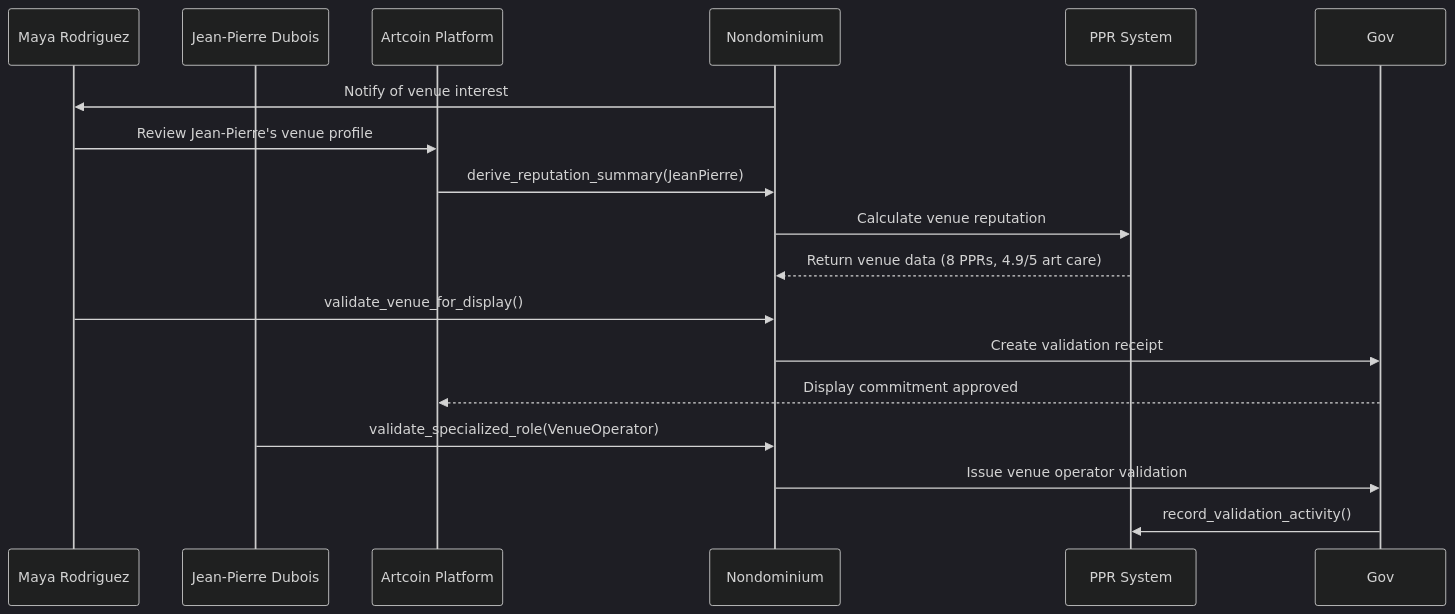
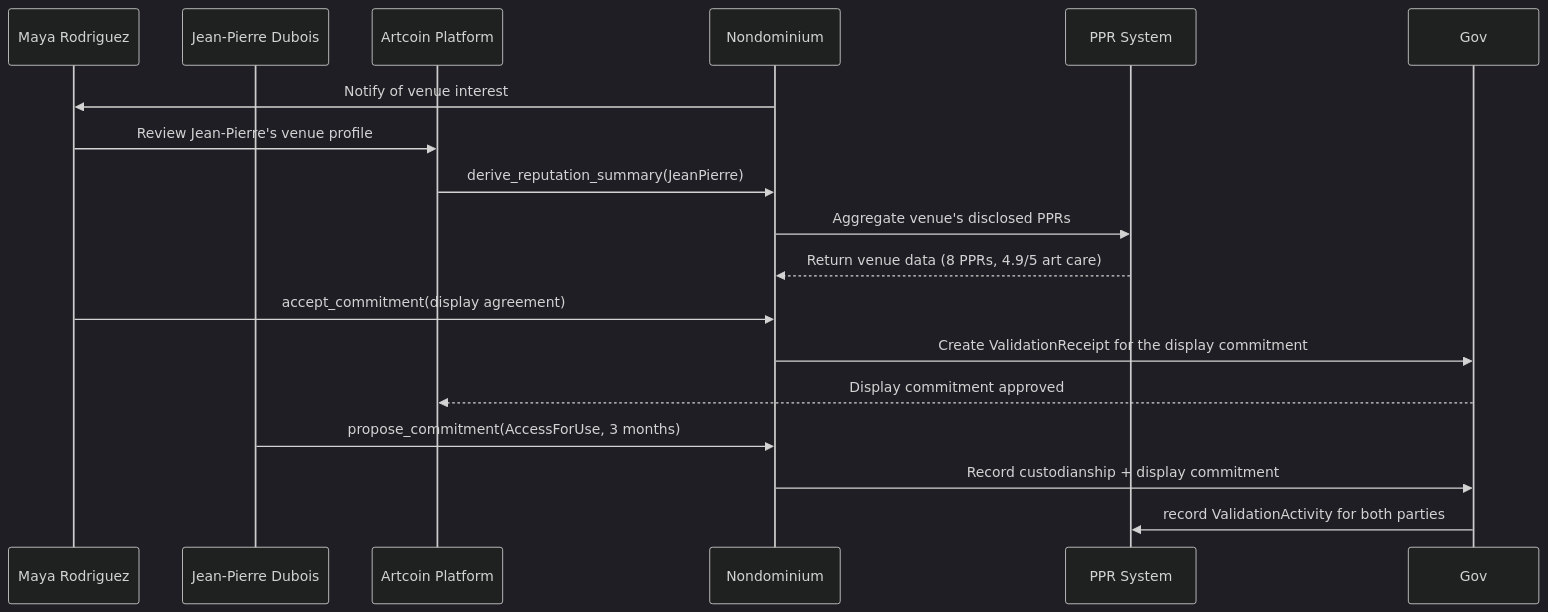
One commit to Sensorica/nondominium changed the fifth of 12 diagrams in documentation/Applications/user-story/user-story-artcoin.md. Above: the diagram before and after it, drawn with Mermaid (dark theme). The commit also changed other lines of this file and 99 other files, not shown here.

````diff
--- a/documentation/Applications/user-story/user-story-artcoin.md
+++ b/documentation/Applications/user-story/user-story-artcoin.md
@@ -181,22 +224,22 @@
 ```mermaid
 sequenceDiagram
     participant Maya as Maya Rodriguez
     participant JeanPierre as Jean-Pierre Dubois
     participant Artcoin as Artcoin Platform
     participant ND as Nondominium
     participant PPR as PPR System
 
     ND->>Maya: Notify of venue interest
     Maya->>Artcoin: Review Jean-Pierre's venue profile
     Artcoin->>ND: derive_reputation_summary(JeanPierre)
-    ND->>PPR: Calculate venue reputation
+    ND->>PPR: Aggregate venue's disclosed PPRs
     PPR-->>ND: Return venue data (8 PPRs, 4.9/5 art care)
 
-    Maya->>ND: validate_venue_for_display()
-    ND->>Gov: Create validation receipt
+    Maya->>ND: accept_commitment(display agreement)
+    ND->>Gov: Create ValidationReceipt for the display commitment
     Gov-->>Artcoin: Display commitment approved
 
-    JeanPierre->>ND: validate_specialized_role(VenueOperator)
-    ND->>Gov: Issue venue operator validation
-    Gov->>PPR: record_validation_activity()
+    JeanPierre->>ND: propose_commitment(AccessForUse, 3 months)
+    ND->>Gov: Record custodianship + display commitment
+    Gov->>PPR: record ValidationActivity for both parties
 ```
````
